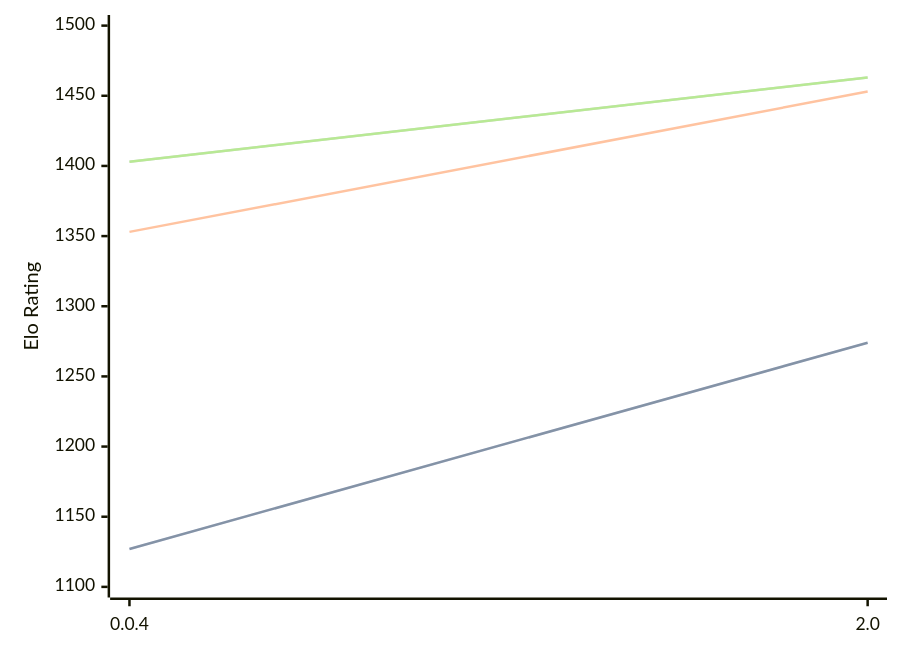
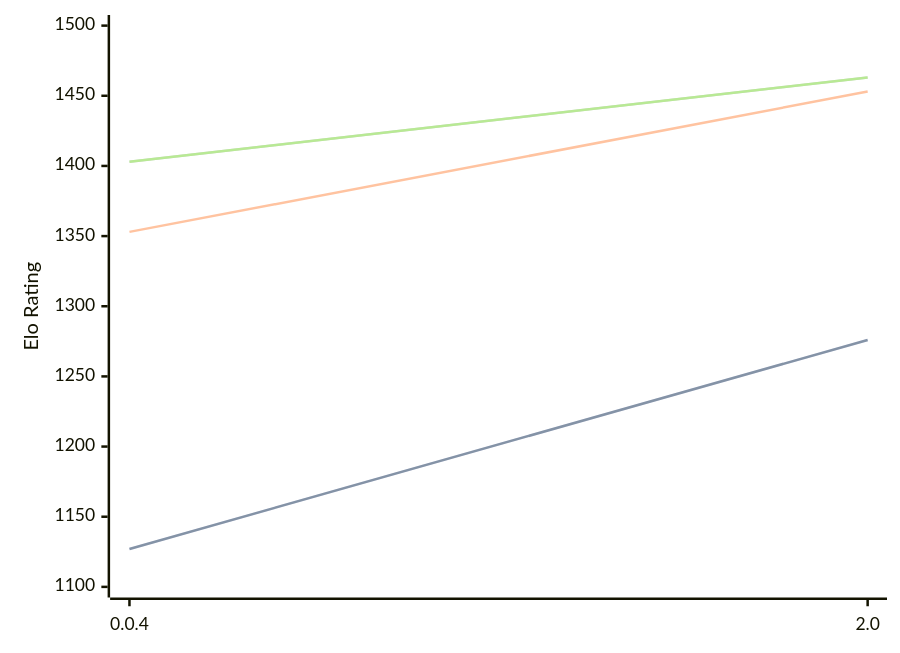
One commit to computer-chess-index/cci changed the diagram in engines/Oops!Mate.md. Above: the diagram before and after it, drawn with Mermaid. The commit also changed other lines of this file, not shown here.

````diff
--- a/engines/Oops!Mate.md
+++ b/engines/Oops!Mate.md
@@ -52,11 +52,11 @@
 ```mermaid
 %%{init: {"theme":"base","themeVariables":{"seriesColors:['#a3a3a3','#222221','#faa371']}}}%%
 xychart-beta
   x-axis ["0.0.4", "2.0"]
   y-axis "Elo Rating" 1100 --> 1500
-  line "STC (8.0+0.08s)" [1127, 1274]
-  line "STC (8.0+0.08s)" [1127, 1274]
+  line "STC (8.0+0.08s)" [1127, 1276]
+  line "STC (8.0+0.08s)" [1127, 1276]
   line "LTC (60.0+0.60s)" [1353, 1453]
   line "VLTC (2m24s+1.12s)" [1403, 1463]
   line "VLTC (2m24s+1.12s)" [1403, 1463]
 ```
````
